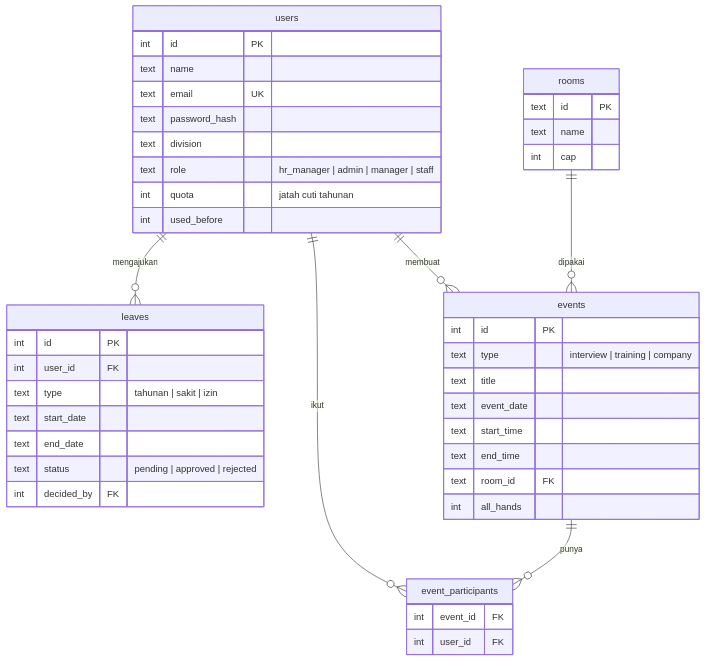
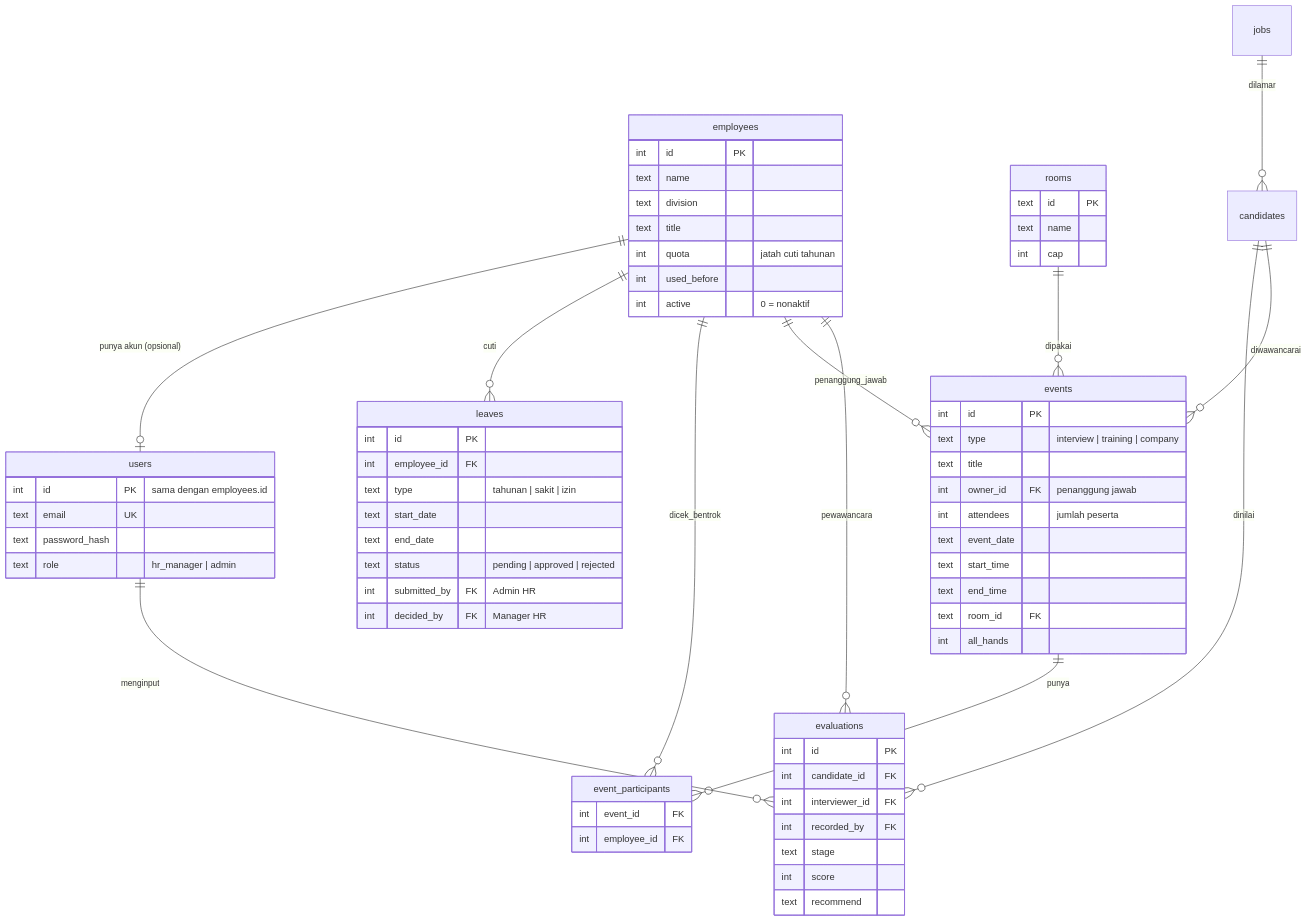
The diagram in README.md (agnamdz-am/hr-schedule-hub), drawn with Mermaid before and after one commit. The commit also changed other lines of this file and 27 other files, not shown here.

````diff
--- a/README.md
+++ b/README.md
@@ -102,46 +102,69 @@
 ```mermaid
 erDiagram
-  users ||--o{ leaves : mengajukan
-  users ||--o{ event_participants : ikut
+  employees ||--o| users : "punya akun (opsional)"
+  employees ||--o{ leaves : cuti
+  employees ||--o{ event_participants : dicek_bentrok
+  employees ||--o{ events : penanggung_jawab
   events ||--o{ event_participants : punya
   rooms ||--o{ events : dipakai
-  users ||--o{ events : membuat
-  users {
+  jobs ||--o{ candidates : dilamar
+  candidates ||--o{ evaluations : dinilai
+  employees ||--o{ evaluations : pewawancara
+  users ||--o{ evaluations : menginput
+  candidates ||--o{ events : diwawancarai
+  employees {
     int id PK
     text name
+    text division
+    text title
+    int quota "jatah cuti tahunan"
+    int used_before
+    int active "0 = nonaktif"
+  }
+  users {
+    int id PK "sama dengan employees.id"
     text email UK
     text password_hash
-    text division
-    text role "hr_manager | admin | manager | staff"
-    int quota "jatah cuti tahunan"
-    int used_before
+    text role "hr_manager | admin"
   }
   rooms {
     text id PK
     text name
     int cap
   }
   events {
     int id PK
     text type "interview | training | company"
     text title
+    int owner_id FK "penanggung jawab"
+    int attendees "jumlah peserta"
     text event_date
     text start_time
     text end_time
     text room_id FK
     int all_hands
   }
   event_participants {
     int event_id FK
-    int user_id FK
+    int employee_id FK
   }
   leaves {
     int id PK
-    int user_id FK
+    int employee_id FK
     text type "tahunan | sakit | izin"
     text start_date
     text end_date
     text status "pending | approved | rejected"
-    int decided_by FK
+    int submitted_by FK "Admin HR"
+    int decided_by FK "Manager HR"
+  }
+  evaluations {
+    int id PK
+    int candidate_id FK
+    int interviewer_id FK
+    int recorded_by FK
+    text stage
+    int score
+    text recommend
   }
 ```
````
